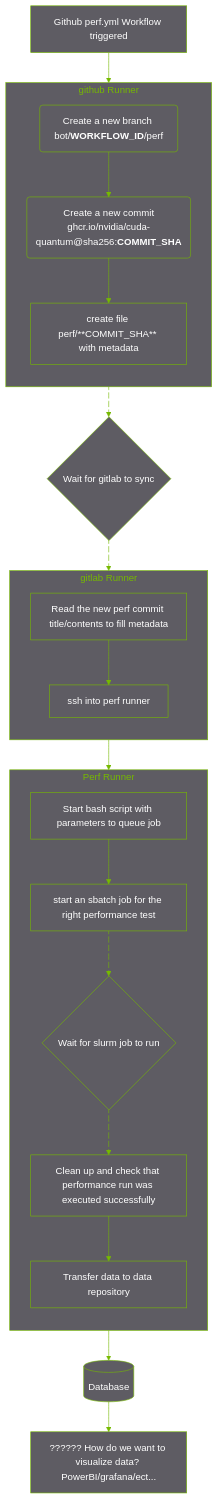
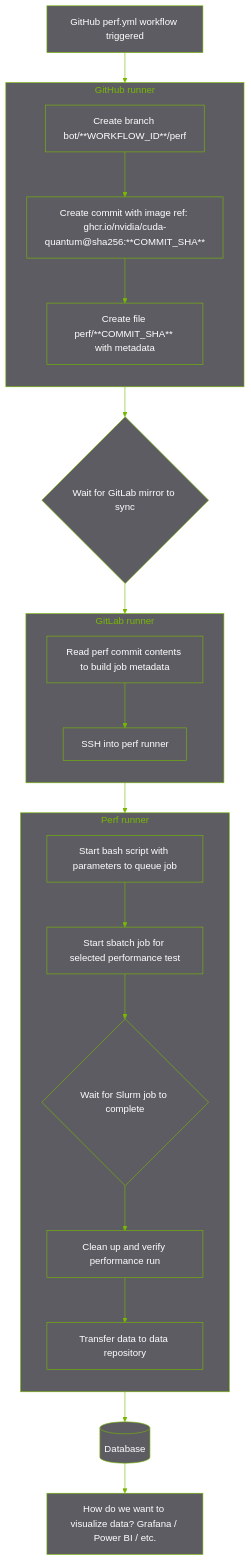
Before and after one commit to mitchdz/cuda-quantum: the diagram in README.md, drawn with Mermaid.

Commit message:
refactor README

````diff
--- a/README.md
+++ b/README.md
@@ -6,79 +6,60 @@
 ```mermaid
 ---
 config:
   theme: 'base'
   themeVariables:
     primaryColor: '#ffffffff'
     primaryTextColor: '#ffffffff'
     primaryBorderColor: '#76B900'
     lineColor: '#76B900'
     clusterBkg: '#5e5c63'
     clusterBorder: '#76B900'
     mainBkg: '#5e5c63'
     titleColor: '#76B900'
 ---
 flowchart TD
-    Github[Github perf.yml Workflow triggered]
+    GitHub[GitHub perf.yml workflow triggered]
 
-    Workflow("`Create a new branch bot/**WORKFLOW_ID**/perf`")
+    subgraph GitHubRunner["GitHub runner"]
+        direction TB
+        Workflow["Create branch bot/**WORKFLOW_ID**/perf"]
+        Commit["Create commit with image ref: ghcr.io/nvidia/cuda-quantum@sha256:**COMMIT_SHA**"]
+        Contents["Create file perf/**COMMIT_SHA** with metadata"]
 
-    commit("`Create a new commit
-    ghcr.io/nvidia/cuda-quantum@sha256:**COMMIT_SHA**`")
+        Workflow --> Commit --> Contents
+    end
 
-    %% contents("`perf/cuda-quantum/**COMMIT_SHA**`")
-    contents["create file perf/**COMMIT_SHA** with metadata"]
+    GitHub --> GitHubRunner
 
-    ssh[ssh into perf runner]
-    
-    bash[Start bash script with parameters to queue job]
+    WaitGitLab{Wait for GitLab mirror to sync}
 
-    prepare[Read the new perf commit title/contents to fill metadata]
+    GitHubRunner --> WaitGitLab
 
-    wait1{Wait for gitlab to sync }
+    subgraph GitLabRunner["GitLab runner"]
+        direction TB
+        Prepare["Read perf commit contents to build job metadata"]
+        SSH["SSH into perf runner"]
 
-    wait2{Wait for slurm job to run}
+        Prepare --> SSH
+    end
 
-    slurm[start an sbatch job for the right performance test]
+    WaitGitLab --> GitLabRunner
 
-    cleanup[Clean up and check that performance run was executed successfully]
+    subgraph PerfRunner["Perf runner"]
+        direction TB
+        Bash["Start bash script with parameters to queue job"]
+        Slurm["Start sbatch job for selected performance test"]
+        WaitSlurm{Wait for Slurm job to complete}
+        Cleanup["Clean up and verify performance run"]
+        Finalize["Transfer data to data repository"]
 
-    finalize[Transfer data to data repository]
+        Bash --> Slurm --> WaitSlurm --> Cleanup --> Finalize
+    end
 
-    Github --> GithubRunner
+    GitLabRunner --> PerfRunner
 
-    subgraph GithubRunner["github Runner"]
-        direction TB
+    Database[(Database)]
+    Visualize["How do we want to visualize data? Grafana / Power BI / etc."]
 
-        Workflow --> commit
-        commit --> contents
-        end
-    GithubRunner e1@--> wait1
-    e1@{ animation: fast }
-
-    wait1 e2@--> gitlab
-    e2@{ animation: fast }
-
-    subgraph gitlab["gitlab Runner"]
-        direction TB
-
-        prepare --> ssh
-    end
-    gitlab --> perfRunner
-
-    subgraph perfRunner["Perf Runner"]
-        direction TB
-
-        bash --> slurm
-        slurm e3@--> wait2
-        e3@{ animation: fast }
-        wait2 e4@--> cleanup
-        e4@{ animation: fast }
-        cleanup --> finalize
-    end
-    perfRunner --> database1
-
-
-    database1[(Database)]
-
-    database1 --> question["?????? How do we want to visualize data? PowerBI/grafana/ect..."]
+    PerfRunner --> Database --> Visualize
 ```
````
